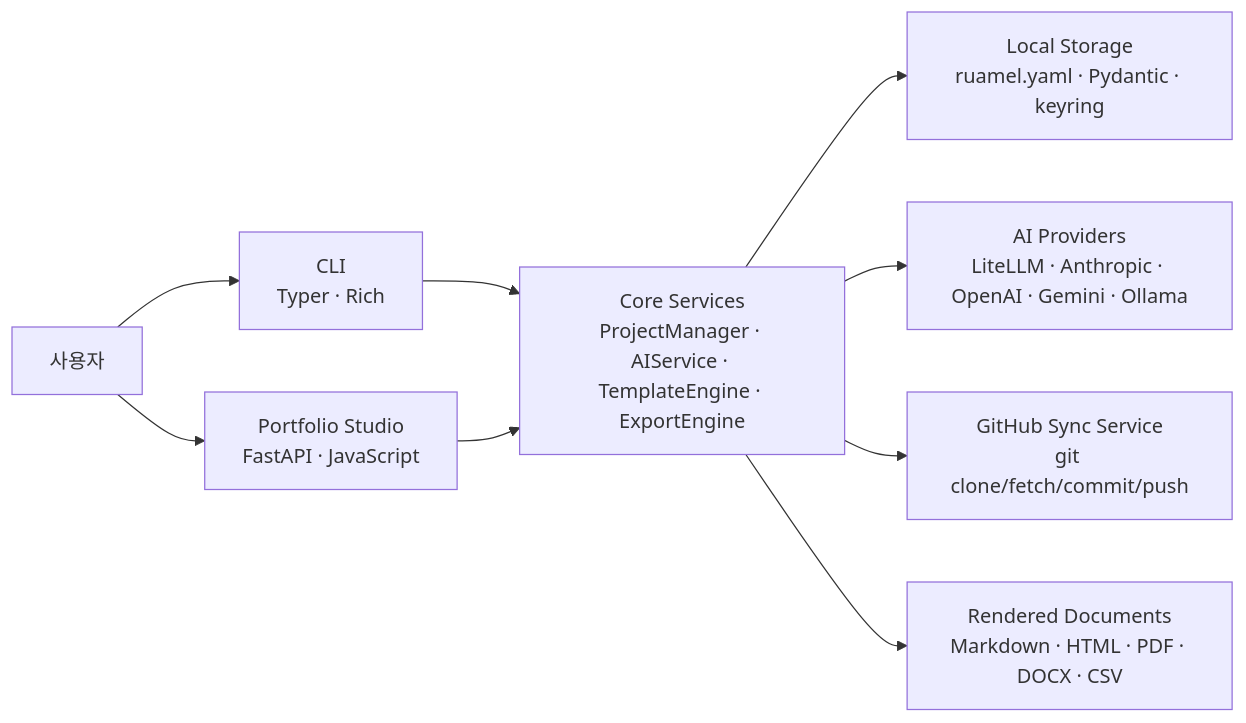
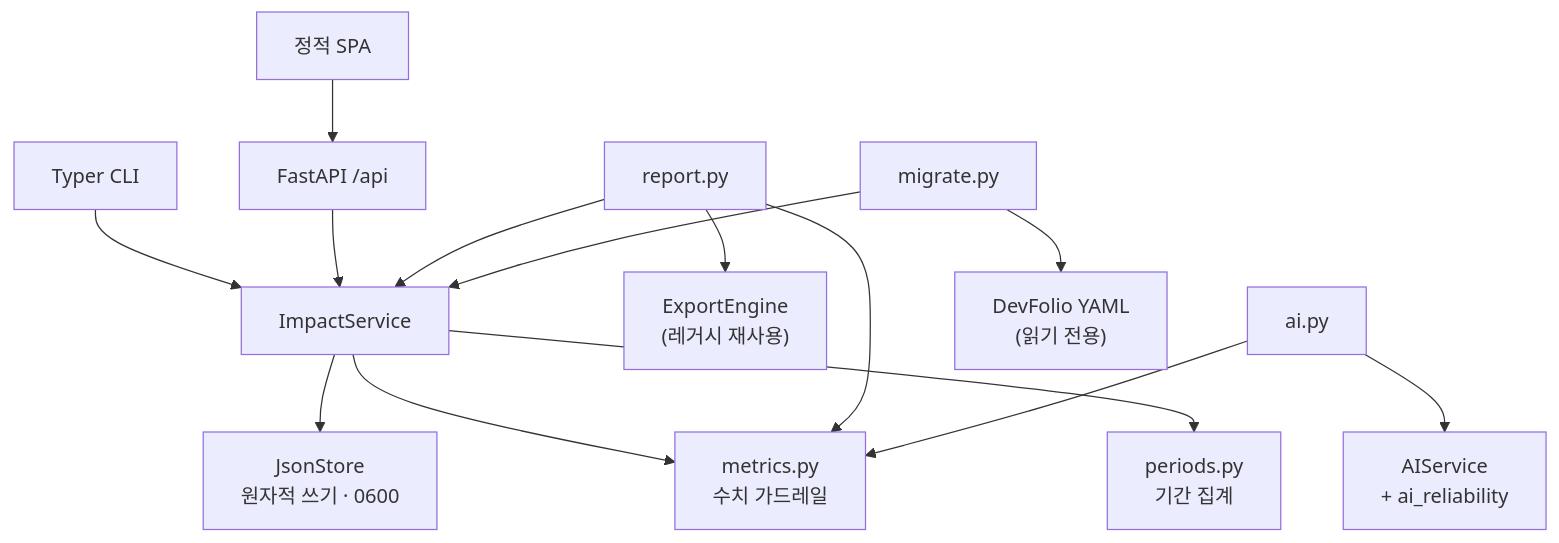
Before and after one commit to Lee-Kyuhwun/DevFolio: the second of 2 diagrams in docs/devfolio_backend_portfolio.md, drawn with Mermaid. The commit also changed other lines of this file and 9 other files, not shown here.

````diff
--- a/docs/devfolio_backend_portfolio.md
+++ b/docs/devfolio_backend_portfolio.md
@@ -67,20 +48,16 @@
 ```mermaid
-flowchart LR
-    user["사용자"]
-    cli["CLI<br/>Typer · Rich"]
-    web["Portfolio Studio<br/>FastAPI · JavaScript"]
-    core["Core Services<br/>ProjectManager · AIService · TemplateEngine · ExportEngine"]
-    storage["Local Storage<br/>ruamel.yaml · Pydantic · keyring"]
-    ai["AI Providers<br/>LiteLLM · Anthropic · OpenAI · Gemini · Ollama"]
-    sync["GitHub Sync Service<br/>git clone/fetch/commit/push"]
-    output["Rendered Documents<br/>Markdown · HTML · PDF · DOCX · CSV"]
-
-    user --> cli
-    user --> web
-    cli --> core
-    web --> core
-    core --> storage
-    core --> ai
-    core --> sync
-    core --> output
+flowchart TB
+    CLI["Typer CLI"] --> SVC["ImpactService"]
+    API["FastAPI /api"] --> SVC
+    SPA["정적 SPA"] --> API
+    SVC --> STORE["JsonStore<br/>원자적 쓰기 · 0600"]
+    SVC --> METRICS["metrics.py<br/>수치 가드레일"]
+    SVC --> PERIODS["periods.py<br/>기간 집계"]
+    REPORT["report.py"] --> SVC
+    REPORT --> METRICS
+    REPORT --> EXPORT["ExportEngine<br/>(레거시 재사용)"]
+    AI["ai.py"] --> AISVC["AIService<br/>+ ai_reliability"]
+    AI --> METRICS
+    MIGRATE["migrate.py"] --> LEGACY["DevFolio YAML<br/>(읽기 전용)"]
+    MIGRATE --> SVC
 ```
````
